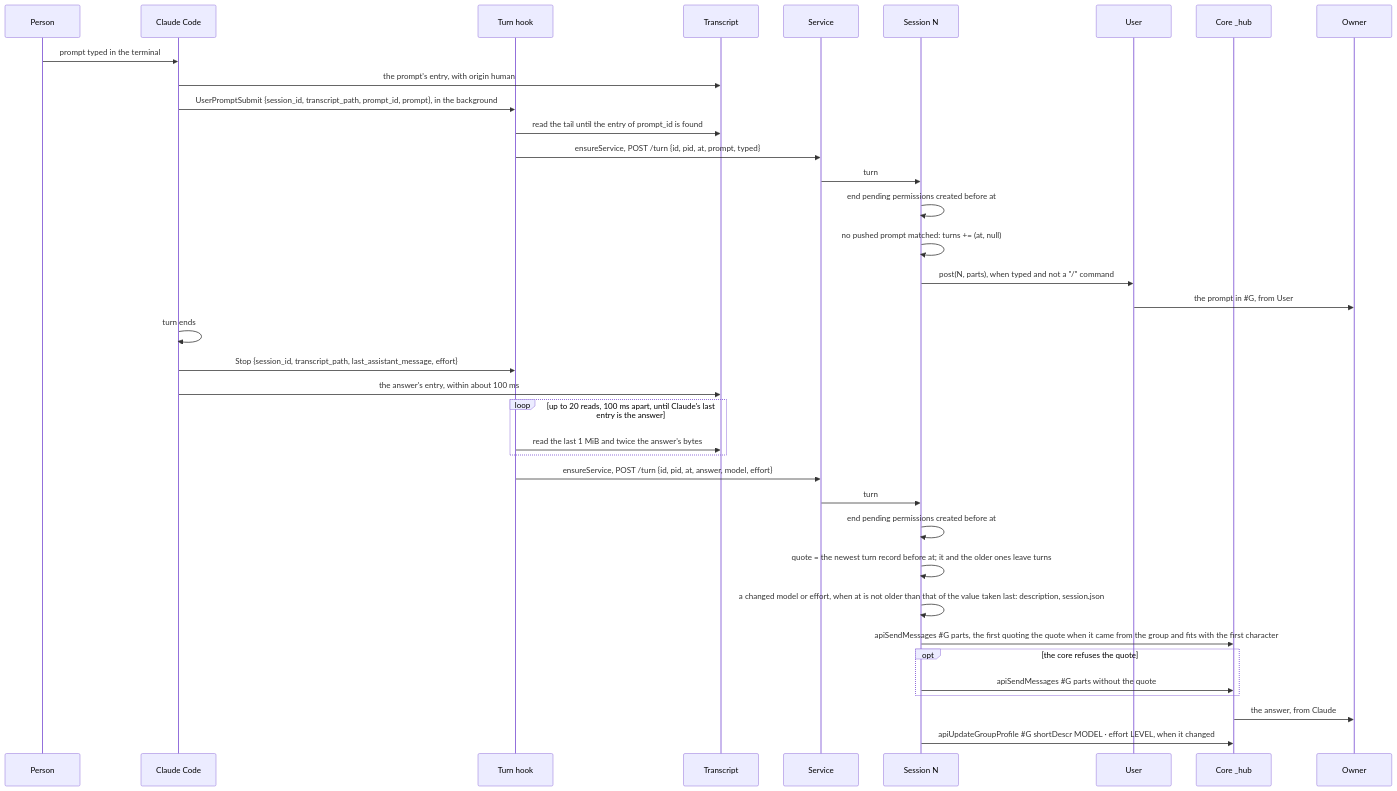
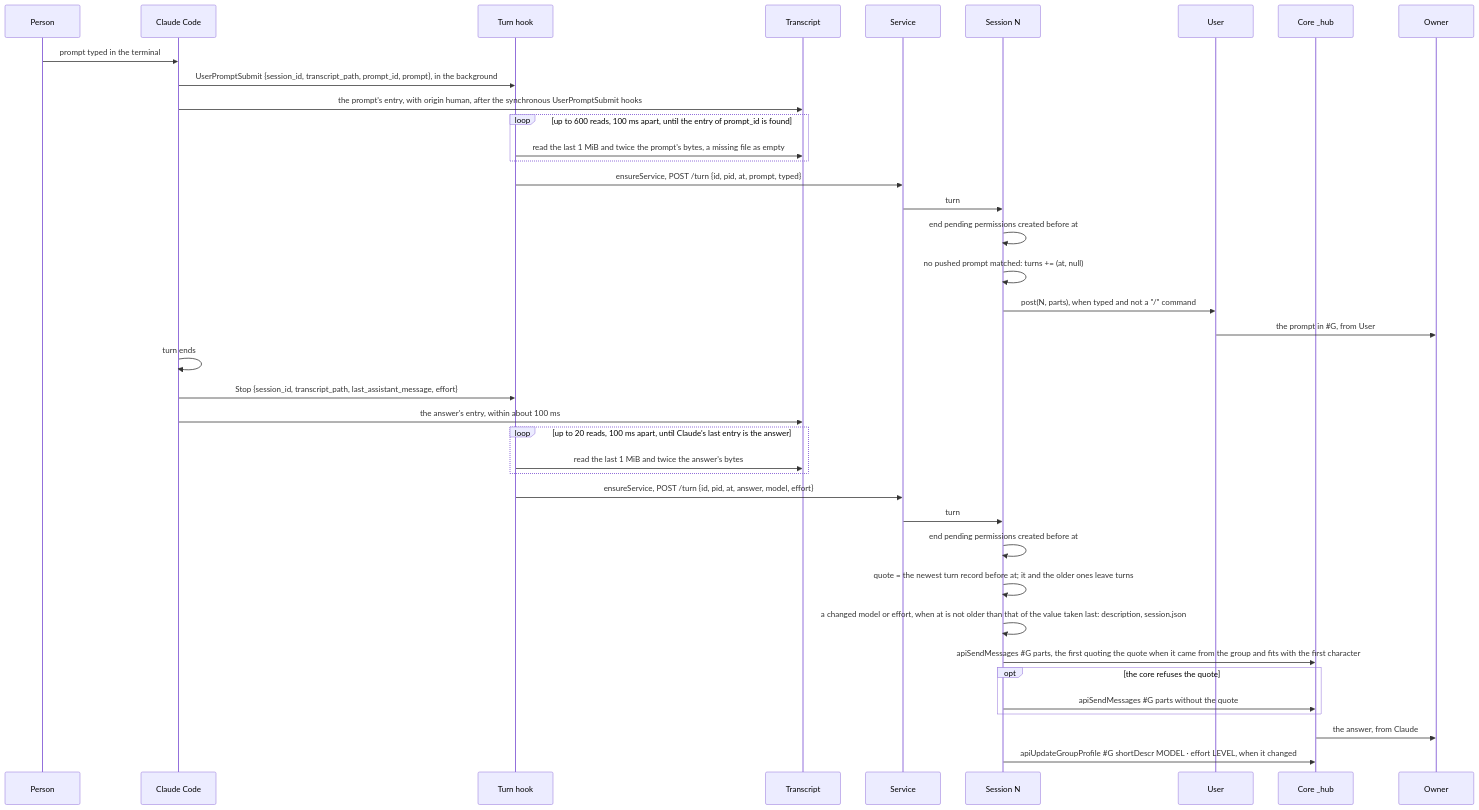
Before and after one commit to simplex-chat/simplex-chat: diagram 21 of 30 in packages/simplex-chat-mcp/spec/flows.md, drawn with Mermaid. The commit also changed other lines of this file and 7 other files, not shown here.

Commit message:
mcp: User posts a typed prompt behind a slow hook or a new transcript

````diff
--- a/packages/simplex-chat-mcp/spec/flows.md
+++ b/packages/simplex-chat-mcp/spec/flows.md
@@ -961,39 +961,41 @@
 ```mermaid
 sequenceDiagram
   participant P as Person
   participant CC as Claude Code
   participant HK as Turn hook
   participant T as Transcript
   participant D as Service
   participant N as Session N
   participant U as User
   participant C as Core _hub
   participant O as Owner
   P->>CC: prompt typed in the terminal
-  CC->>T: the prompt's entry, with origin human
   CC->>HK: UserPromptSubmit {session_id, transcript_path, prompt_id, prompt}, in the background
-  HK->>T: read the tail until the entry of prompt_id is found
+  CC->>T: the prompt's entry, with origin human, after the synchronous UserPromptSubmit hooks
+  loop up to 600 reads, 100 ms apart, until the entry of prompt_id is found
+    HK->>T: read the last 1 MiB and twice the prompt's bytes, a missing file as empty
+  end
   HK->>D: ensureService, POST /turn {id, pid, at, prompt, typed}
   D->>N: turn
   N->>N: end pending permissions created before at
   N->>N: no pushed prompt matched: turns += (at, null)
   N->>U: post(N, parts), when typed and not a "/" command
   U->>O: the prompt in #35;G, from User
   CC->>CC: turn ends
   CC->>HK: Stop {session_id, transcript_path, last_assistant_message, effort}
   CC->>T: the answer's entry, within about 100 ms
   loop up to 20 reads, 100 ms apart, until Claude's last entry is the answer
     HK->>T: read the last 1 MiB and twice the answer's bytes
   end
   HK->>D: ensureService, POST /turn {id, pid, at, answer, model, effort}
   D->>N: turn
   N->>N: end pending permissions created before at
   N->>N: quote = the newest turn record before at#59; it and the older ones leave turns
   N->>N: a changed model or effort, when at is not older than that of the value taken last: description, session.json
   N->>C: apiSendMessages #35;G parts, the first quoting the quote when it came from the group and fits with the first character
   opt the core refuses the quote
     N->>C: apiSendMessages #35;G parts without the quote
   end
   C->>O: the answer, from Claude
   N->>C: apiUpdateGroupProfile #35;G shortDescr MODEL · effort LEVEL, when it changed
 ```
````
